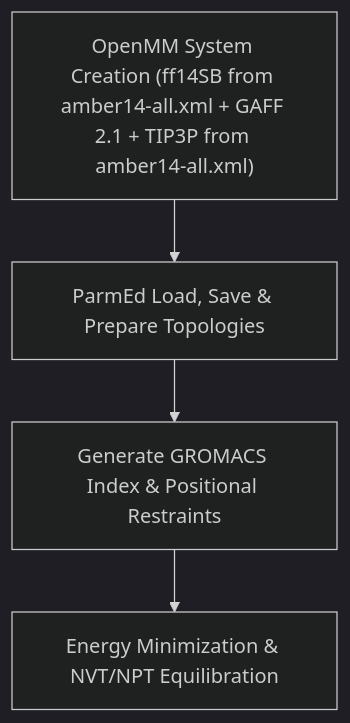
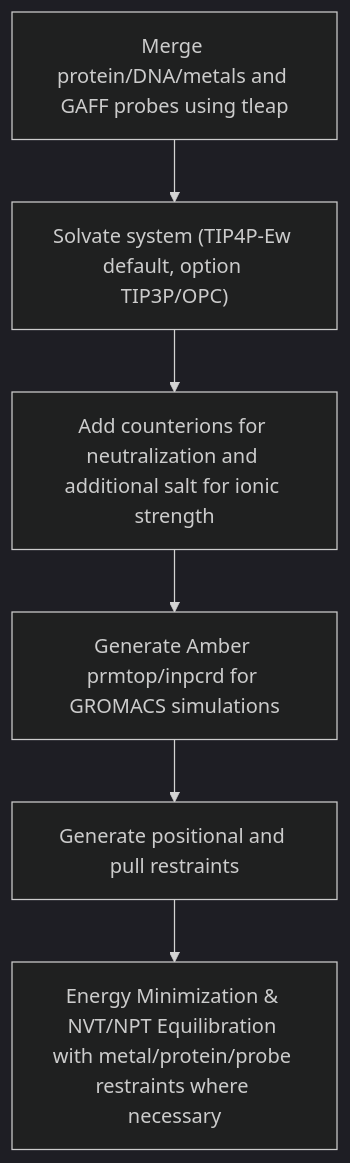
One commit to marcuswangweihow/FBDD changed the second of 4 diagrams in Frag_to_lead/Frag_to_lead_4MZI/README.md. Above: the diagram before and after it, drawn with Mermaid (dark theme). The commit also changed other lines of this file, not shown here.

````diff
--- a/Frag_to_lead/Frag_to_lead_4MZI/README.md
+++ b/Frag_to_lead/Frag_to_lead_4MZI/README.md
@@ -252,6 +252,8 @@
 ```mermaid
 flowchart TD
-    E["OpenMM System Creation (ff14SB from amber14-all.xml + GAFF 2.1 + TIP3P from amber14-all.xml)"] --> F["ParmEd Load, Save & Prepare Topologies"]
-    F --> G["Generate GROMACS Index & Positional Restraints"]
-    G --> H["Energy Minimization & NVT/NPT Equilibration"]
+    E["Merge protein/DNA/metals and GAFF probes using tleap"] --> F["Solvate system (TIP4P-Ew default, option TIP3P/OPC)"]
+    F --> G["Add counterions for neutralization and additional salt for ionic strength"]
+    G --> H["Generate Amber prmtop/inpcrd for GROMACS simulations"]
+    H --> I["Generate positional and pull restraints"]
+    I --> J["Energy Minimization & NVT/NPT Equilibration with metal/protein/probe restraints where necessary"]
 ```
````
